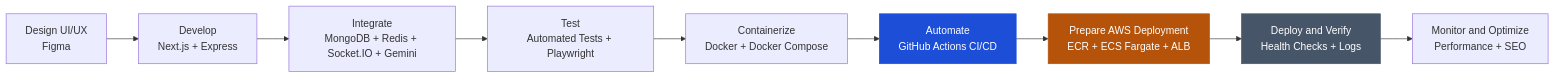
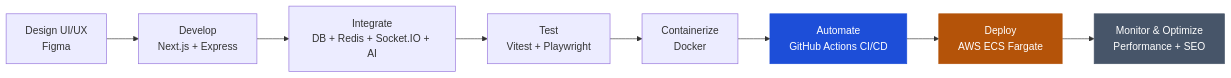
The diagram in README.md (mussadiqkhan6886/mussadiqkhan6886), drawn with Mermaid before and after one commit. The commit also changed other lines of this file, not shown here.

````diff
--- a/README.md
+++ b/README.md
@@ -114,17 +138,14 @@
 ```mermaid
-
 flowchart LR
     A["Design UI/UX<br/>Figma"] --> B["Develop<br/>Next.js + Express"]
-    B --> C["Integrate<br/>MongoDB + Redis + Socket.IO + Gemini"]
-    C --> D["Test<br/>Automated Tests + Playwright"]
-    D --> E["Containerize<br/>Docker + Docker Compose"]
+    B --> C["Integrate<br/>DB + Redis + Socket.IO + AI"]
+    C --> D["Test<br/>Vitest + Playwright"]
+    D --> E["Containerize<br/>Docker"]
     E --> F["Automate<br/>GitHub Actions CI/CD"]
-    F --> G["Prepare AWS Deployment<br/>ECR + ECS Fargate + ALB"]
-    G --> H["Deploy and Verify<br/>Health Checks + Logs"]
-    H --> I["Monitor and Optimize<br/>Performance + SEO"]
+    F --> G["Deploy<br/>AWS ECS Fargate"]
+    G --> H["Monitor & Optimize<br/>Performance + SEO"]
 
     style F fill:#1d4ed8,color:#ffffff,stroke:#1d4ed8
     style G fill:#b45309,color:#ffffff,stroke:#b45309
     style H fill:#475569,color:#ffffff,stroke:#475569
-
 ```
````
